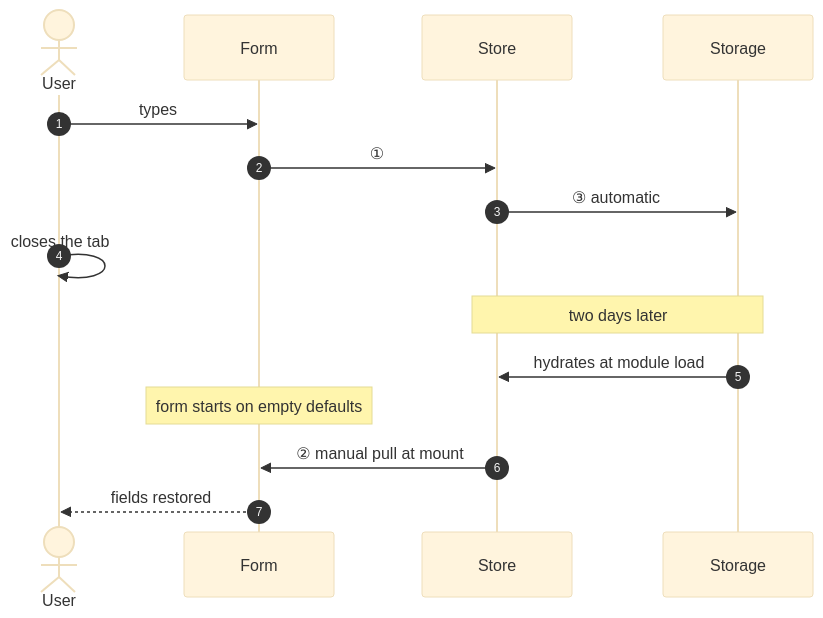
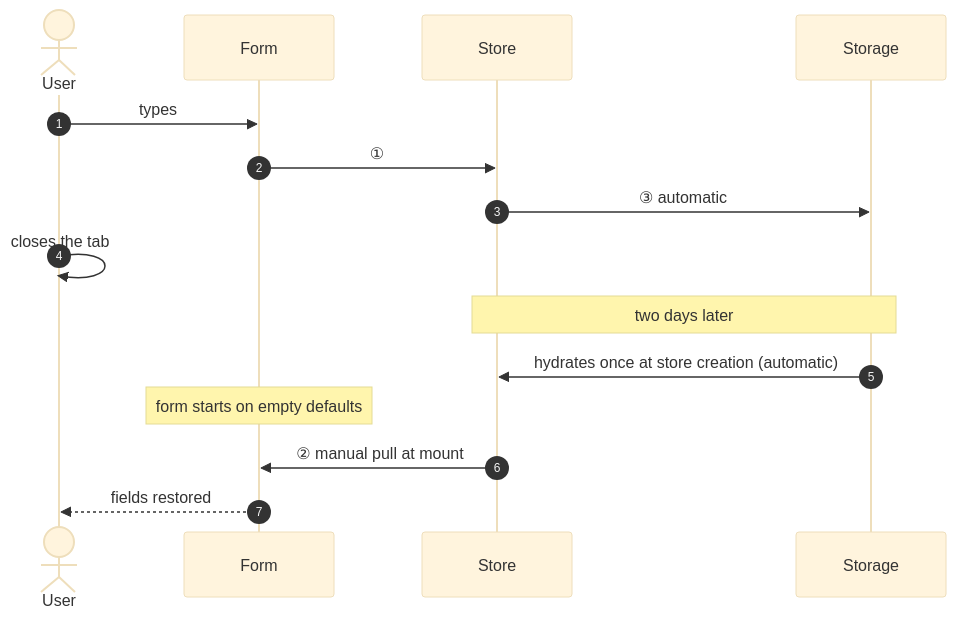
The second of 10 diagrams in README.md (jadecubes/multi-party-state-sync), drawn with Mermaid (base theme) before and after one commit. The commit also changed other lines of this file and 1 other file, not shown here.

````diff
--- a/README.md
+++ b/README.md
@@ -33,19 +34,19 @@
 ```mermaid
 sequenceDiagram
     autonumber
     actor U as User
     participant F as Form
     participant S as Store
     participant P as Storage
 
     U->>F: types
     F->>S: ①
     S->>P: ③ automatic
     U->>U: closes the tab
 
     Note over P,S: two days later
-    P->>S: hydrates at module load
+    P->>S: hydrates once at store creation (automatic)
     Note over F: form starts on empty defaults
     S->>F: ② manual pull at mount
     F-->>U: fields restored
 ```
````
